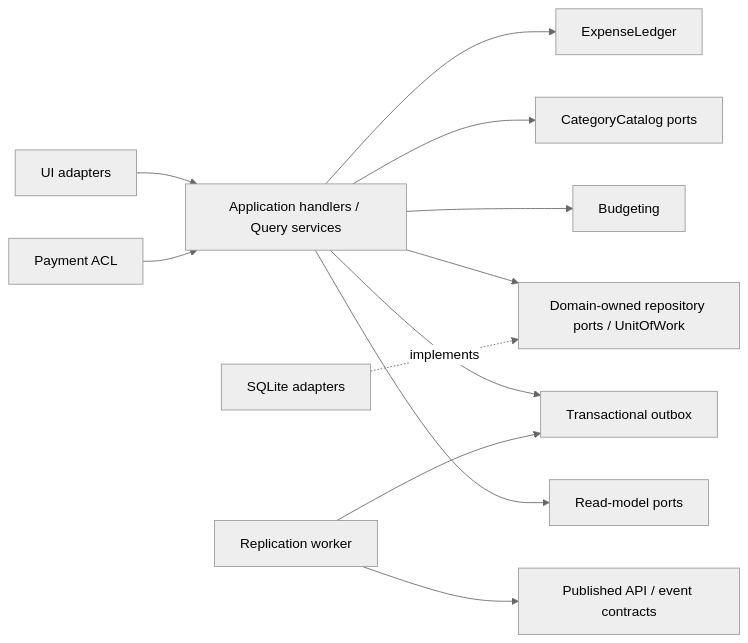
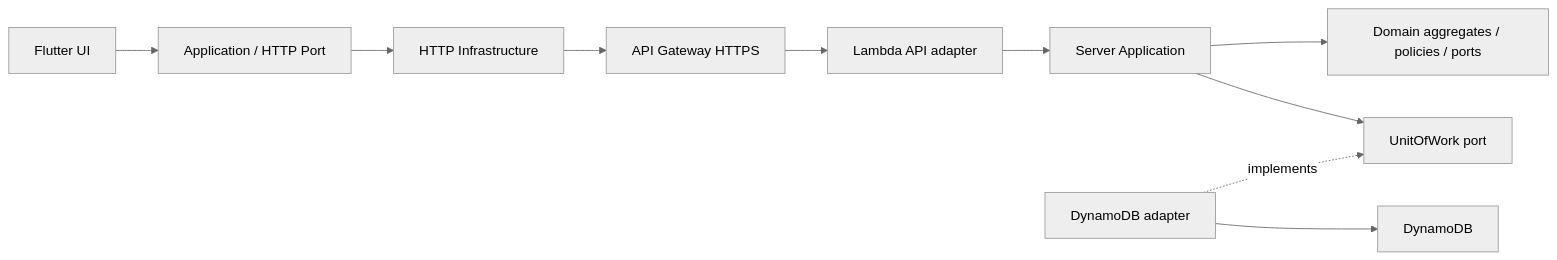
The diagram in docs/spec/architecture.md (tombee-studio/self-management-app), drawn with Mermaid (neutral theme) before and after one commit. The commit also changed other lines of this file and 35 other files, not shown here.

````diff
--- a/docs/spec/architecture.md
+++ b/docs/spec/architecture.md
@@ -30,14 +24,12 @@
 ```mermaid
 flowchart LR
-  UI[UI adapters] --> APP[Application handlers / Query services]
-  APP --> LEDGER[ExpenseLedger]
-  APP --> CAT[CategoryCatalog ports]
-  APP --> BUDGET[Budgeting]
-  PAY[Payment ACL] --> APP
-  APP --> PORT[Domain-owned repository ports / UnitOfWork]
-  SQL[SQLite adapters] -. implements .-> PORT
-  APP --> OUT[Transactional outbox]
-  SYNC[Replication worker] --> OUT
-  SYNC --> WIRE[Published API / event contracts]
-  APP --> PROJ[Read-model ports]
+  UI[Flutter UI] --> CA[Application / HTTP Port]
+  CA --> HTTP[HTTP Infrastructure]
+  HTTP --> GW[API Gateway HTTPS]
+  GW --> HANDLER[Lambda API adapter]
+  HANDLER --> APP[Server Application]
+  APP --> DOMAIN[Domain aggregates / policies / ports]
+  APP --> UOW[UnitOfWork port]
+  DDB[DynamoDB adapter] -. implements .-> UOW
+  DDB --> STORE[DynamoDB]
 ```
````
